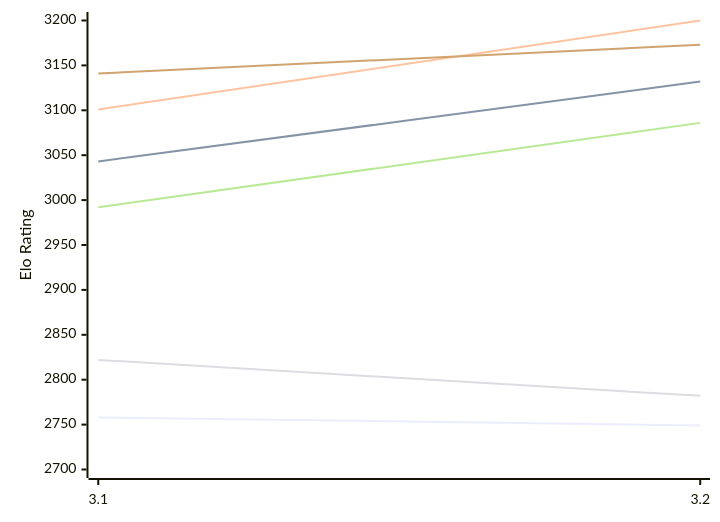
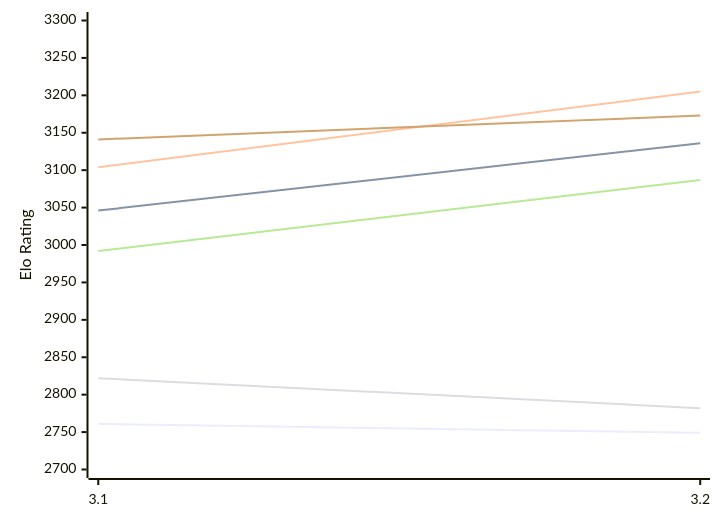
One commit to computer-chess-index/cci changed the first of 2 diagrams in engines/Vajolet2.md. Above: the diagram before and after it, drawn with Mermaid. The commit also changed other lines of this file, not shown here.

Commit message:
Update CCI Ratings (ELO VLTC) - 2026-11-22

````diff
--- a/engines/Vajolet2.md
+++ b/engines/Vajolet2.md
@@ -51,12 +51,12 @@
 ```mermaid
 %%{init: {"theme":"base","themeVariables":{"seriesColors:['#a3a3a3','#222221','#faa371']}}}%%
 xychart-beta
   x-axis ["3.1", "3.2"]
-  y-axis "Elo Rating" 2700 --> 3200
-  line "E1: STC (8.0+0.08s)" [2758, 2749]
-  line "E1: LTC (60.0+0.60s)" [3043, 3132]
-  line "E1: VLTC (2m24s+1.12s)" [3101, 3200]
+  y-axis "Elo Rating" 2700 --> 3300
+  line "E1: STC (8.0+0.08s)" [2761, 2749]
+  line "E1: LTC (60.0+0.60s)" [3046, 3136]
+  line "E1: VLTC (2m24s+1.12s)" [3104, 3205]
   line "P1: STC (8.0+0.08s)" [2822, 2782]
-  line "P1: LTC (60.0+0.60s)" [2992, 3086]
+  line "P1: LTC (60.0+0.60s)" [2992, 3087]
   line "P1: VLTC (2m24s+1.12s)" [3141, 3173]
 ```
````
